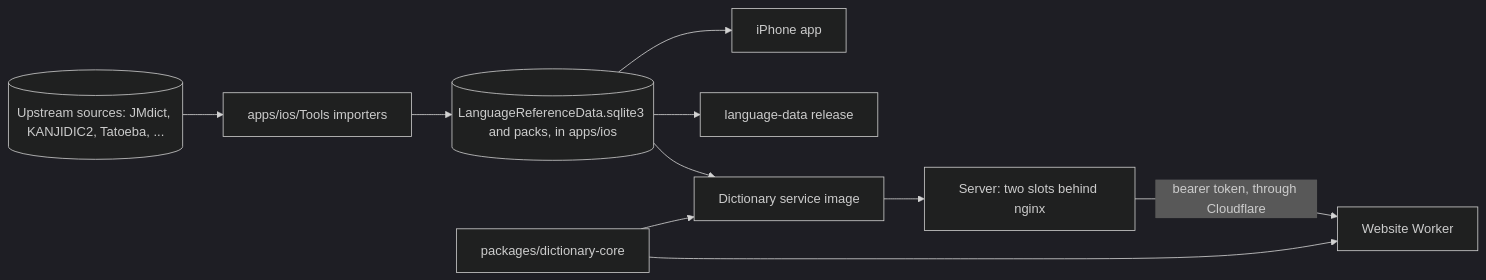
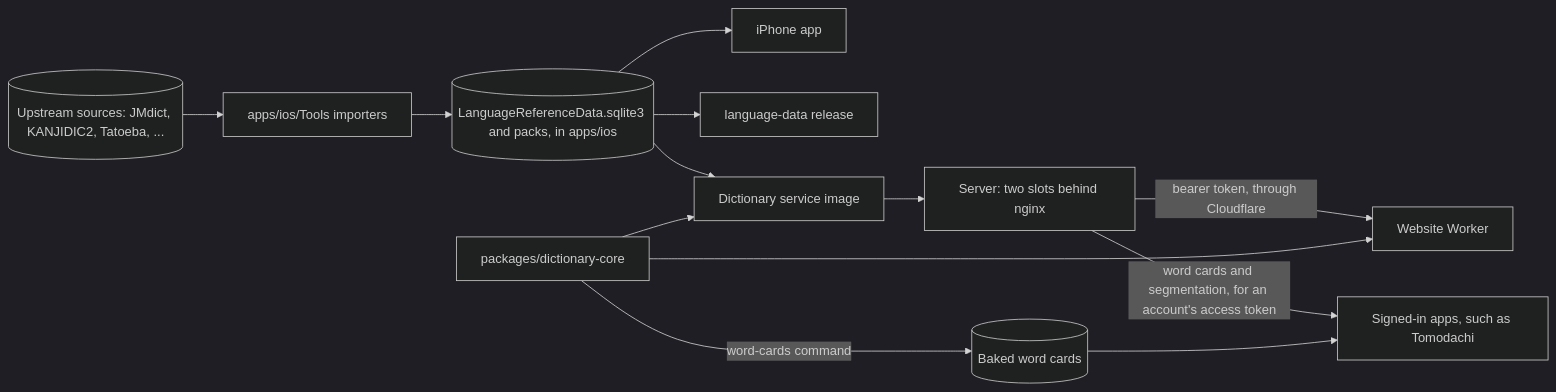
Before and after one commit to serpcompany/zenbujapanese-monorepo: the diagram in ARCHITECTURE.md, drawn with Mermaid (dark theme). The commit also changed other lines of this file and 29 other files, not shown here.

First line of the commit message:
Serve word cards and segmentation to signed-in apps

````diff
--- a/ARCHITECTURE.md
+++ b/ARCHITECTURE.md
@@ -19,12 +19,15 @@
 ```mermaid
 flowchart LR
     Sources[("Upstream sources: JMdict, KANJIDIC2, Tatoeba, ...")] --> Tools["apps/ios/Tools importers"]
     Tools --> Data[("LanguageReferenceData.sqlite3 and packs, in apps/ios")]
     Data --> App["iPhone app"]
     Data --> Release["language-data release"]
     Data --> Image["Dictionary service image"]
     Core["packages/dictionary-core"] --> Image
     Image --> Server["Server: two slots behind nginx"]
     Server -->|"bearer token, through Cloudflare"| Site["Website Worker"]
+    Server -->|"word cards and segmentation, for an account's access token"| Apps["Signed-in apps, such as Tomodachi"]
     Core --> Site
+    Core -->|"word-cards command"| Cards[("Baked word cards")]
+    Cards --> Apps
 ```
````
